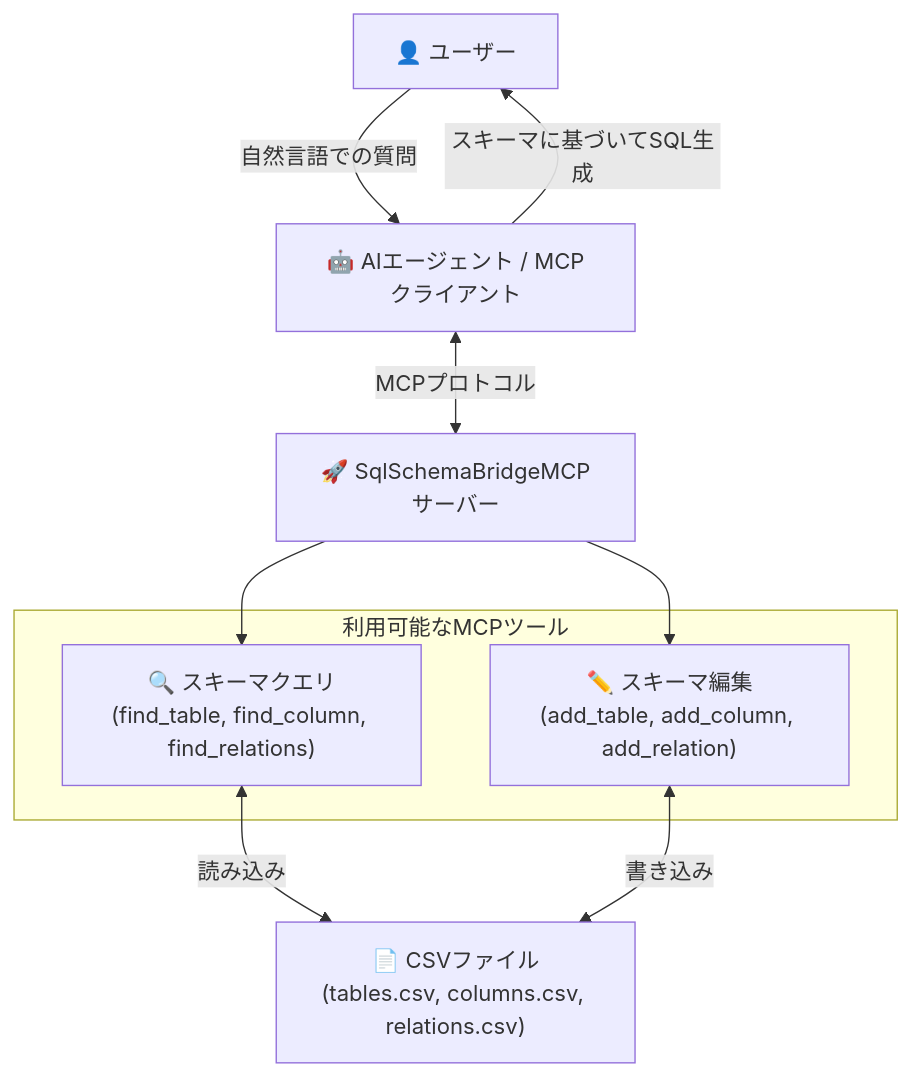
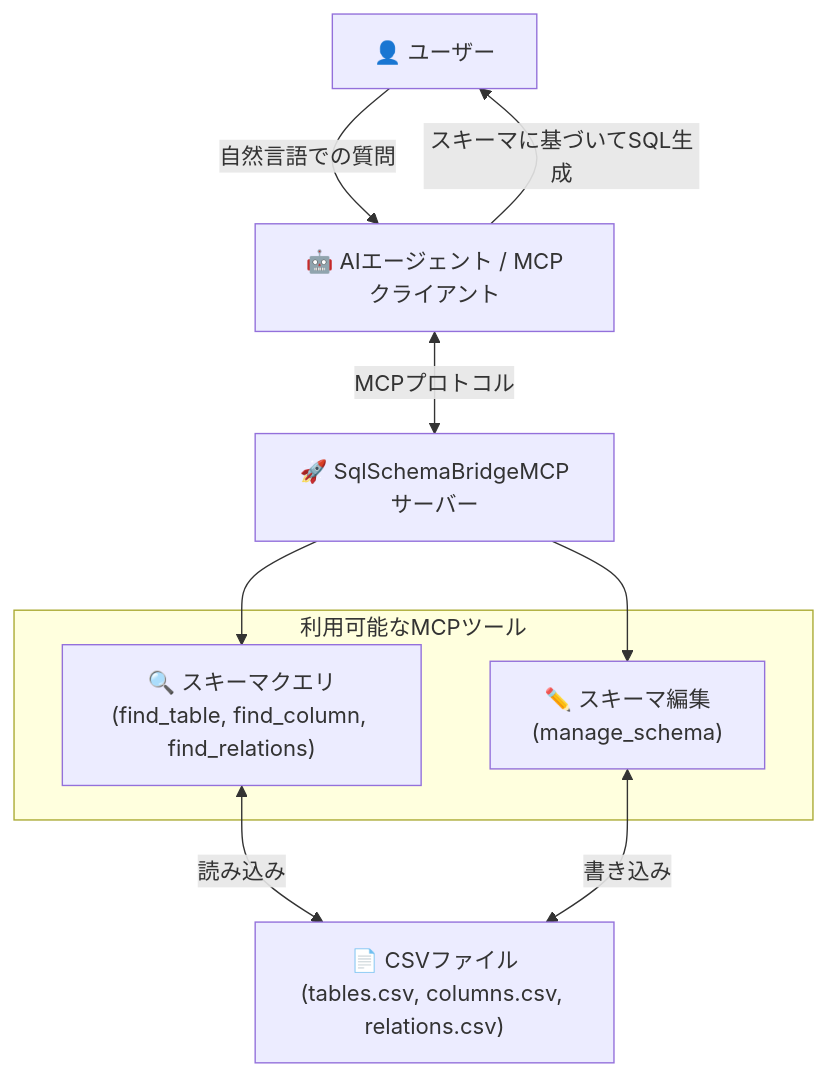
The first of 2 diagrams in README.ja.md (yt3trees/SqlSchemaBridgeMCP), drawn with Mermaid before and after one commit. The commit also changed other lines of this file and 2 other files, not shown here.

Commit message:
refactor: Consolidate 6 schema editing tools into unified manage_schema tool

````diff
--- a/README.ja.md
+++ b/README.ja.md
@@ -8,21 +8,21 @@
 ```mermaid
 graph TB
     User["👤 ユーザー"]
     Agent["🤖 AIエージェント / MCPクライアント"]
     Server["🚀 SqlSchemaBridgeMCPサーバー"]
     CSVFiles["📄 CSVファイル<br/>(tables.csv, columns.csv, relations.csv)"]
 
     subgraph "利用可能なMCPツール"
         QueryTools["🔍 スキーマクエリ<br/>(find_table, find_column, find_relations)"]
-        EditTools["✏️ スキーマ編集<br/>(add_table, add_column, add_relation)"]
+        EditTools["✏️ スキーマ編集<br/>(manage_schema)"]
     end
 
     %% メインフロー
     User -->|"自然言語での質問"| Agent
     Agent <-->|"MCPプロトコル"| Server
     Server --> QueryTools
     Server --> EditTools
     QueryTools <-->|"読み込み"| CSVFiles
     EditTools <-->|"書き込み"| CSVFiles
     Agent -->|"スキーマに基づいてSQL生成"| User
 ```
````
